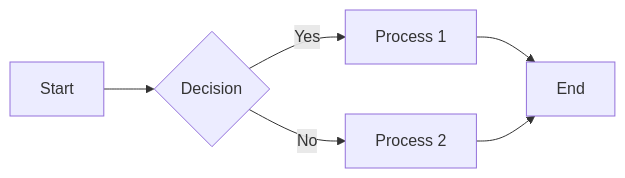
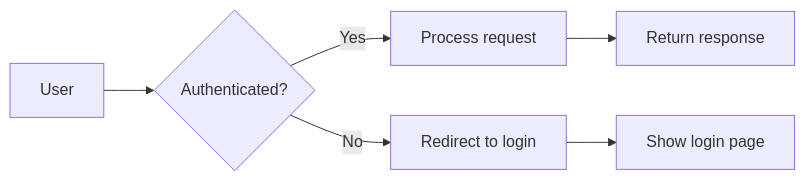
The first of 14 diagrams in components/mermaid.mdx (documentation-ai/DocumentationAI-Docs), drawn with Mermaid before and after one commit. The commit also changed other lines of this file and 15 other files, not shown here.

````diff
--- a/components/mermaid.mdx
+++ b/components/mermaid.mdx
@@ -19,8 +28,8 @@
 ```mermaid
 graph LR
-    A[Start] --> B{Decision}
-    B -->|Yes| C[Process 1]
-    B -->|No| D[Process 2]
-    C --> E[End]
-    D --> E
+    A[User] --> B{Authenticated?}
+    B -->|Yes| C[Process request]
+    B -->|No| D[Redirect to login]
+    C --> E[Return response]
+    D --> F[Show login page]
 ```
````
